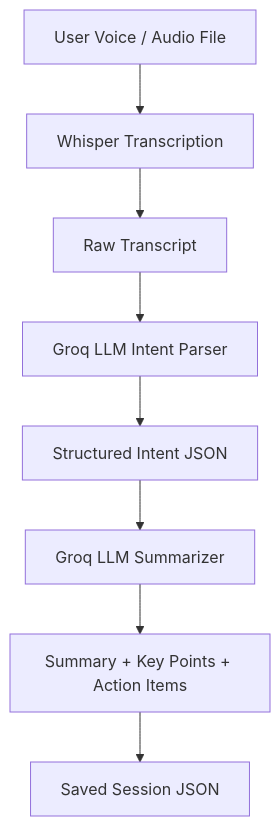
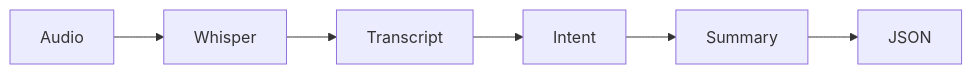
Before and after one commit to samadarsh/voice-note-ai: the diagram in README.md, drawn with Mermaid.

Commit message:
Shrink README architecture diagram

````diff
--- a/README.md
+++ b/README.md
@@ -64,10 +64,8 @@
 ```mermaid
-flowchart TD
-    A[User Voice / Audio File] --> B[Whisper Transcription]
-    B --> C[Raw Transcript]
-    C --> D[Groq LLM Intent Parser]
-    D --> E[Structured Intent JSON]
-    E --> F[Groq LLM Summarizer]
-    F --> G[Summary + Key Points + Action Items]
-    G --> H[Saved Session JSON]
+flowchart LR
+    A[Audio] --> B[Whisper]
+    B --> C[Transcript]
+    C --> D[Intent]
+    D --> E[Summary]
+    E --> F[JSON]
 ```
````
